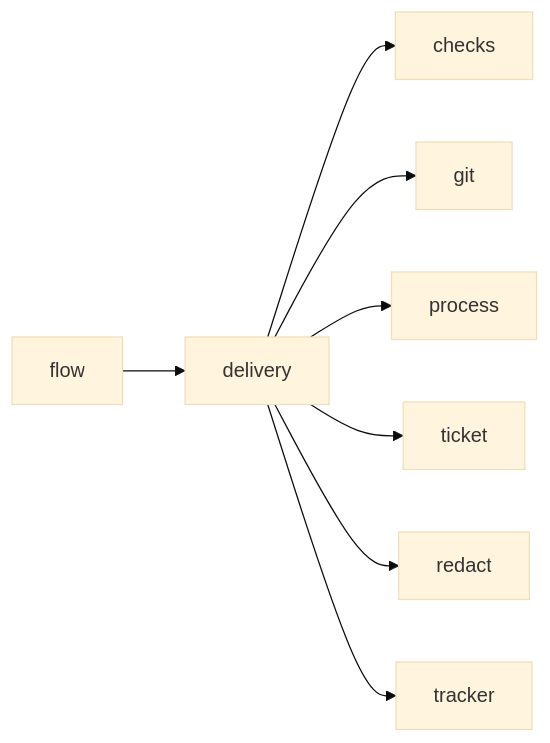
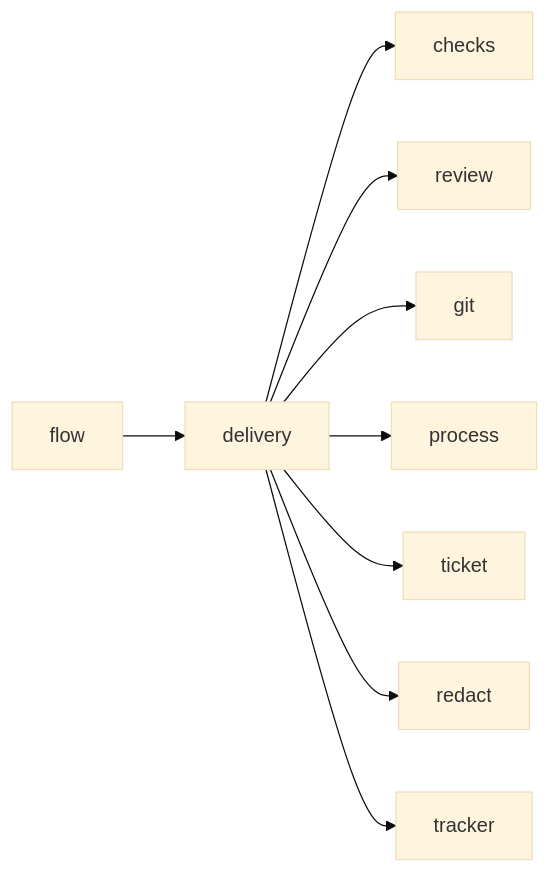
The diagram in docs/architecture/modules/delivery.md (plaplanche/ariane), drawn with Mermaid (base theme) before and after one commit. The commit also changed other lines of this file and 28 other files, not shown here.

````diff
--- a/docs/architecture/modules/delivery.md
+++ b/docs/architecture/modules/delivery.md
@@ -15,10 +15,11 @@
 ```mermaid
 flowchart LR
   delivery --> checks
+  delivery --> review
   delivery --> git
   delivery --> process
   delivery --> ticket
   delivery --> redact
   delivery --> tracker
   flow --> delivery
 ```
````
